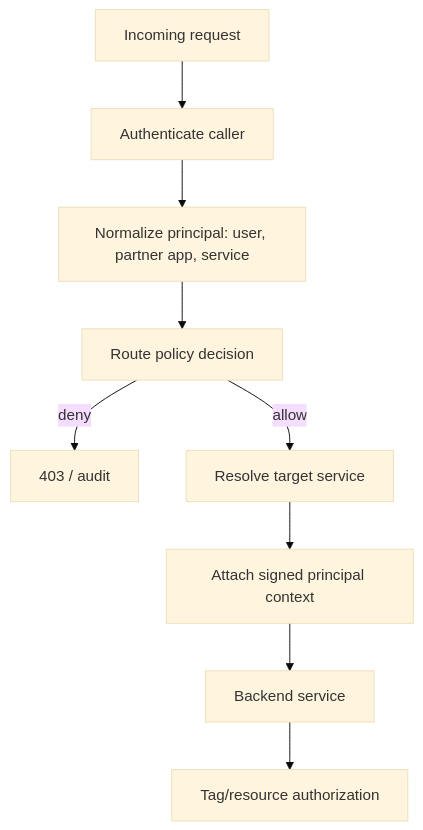
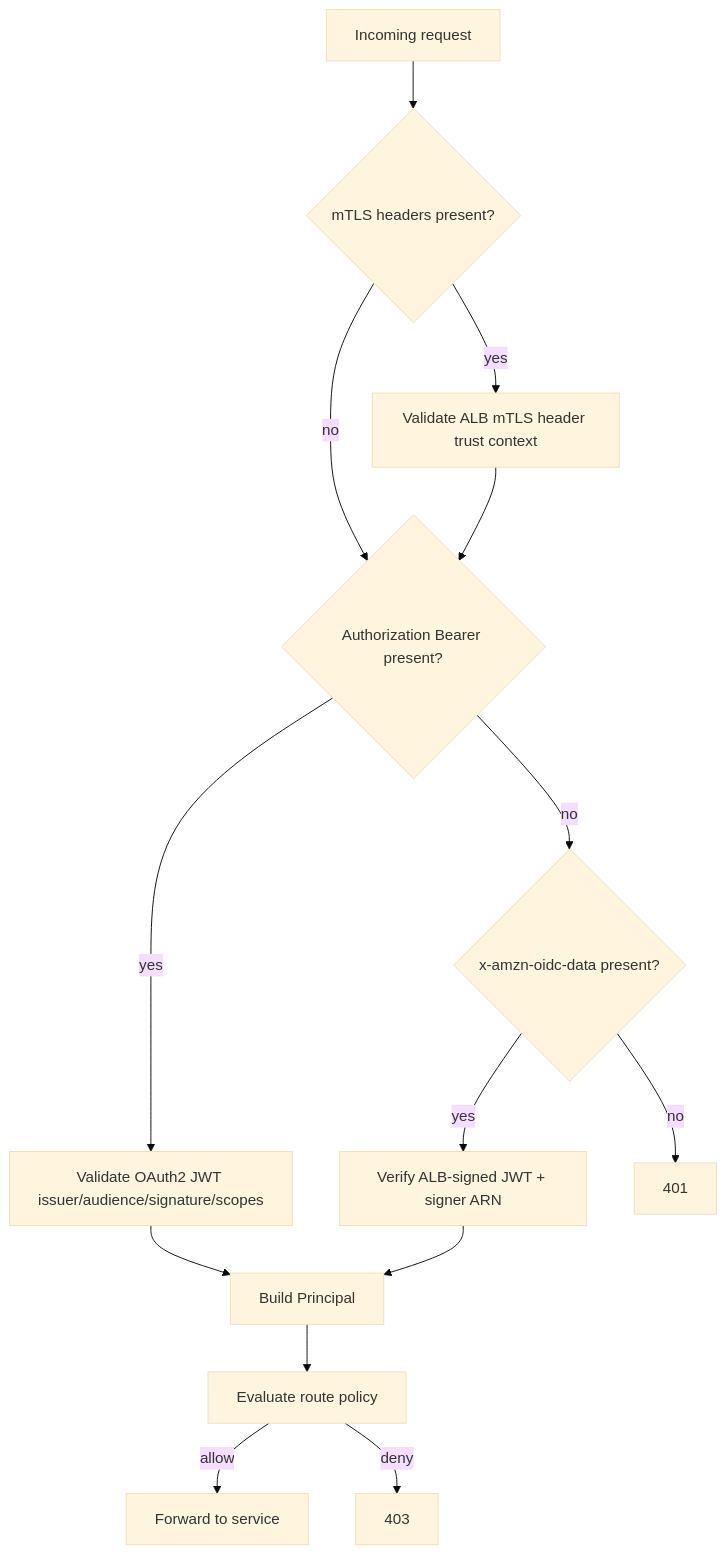
Before and after one commit to eric-minassian/notes: the ninth of 9 diagrams in aws-govcloud-authenticated-spa-router/index.md, drawn with Mermaid (base theme). The commit also changed other lines of this file and 1 other file, not shown here.

````diff
--- a/aws-govcloud-authenticated-spa-router/index.md
+++ b/aws-govcloud-authenticated-spa-router/index.md
@@ -280,11 +424,16 @@
 ```mermaid
 flowchart TD
-    REQ[Incoming request] --> AUTHN[Authenticate caller]
-    AUTHN --> NORM["Normalize principal: user, partner app, service"]
-    NORM --> RBAC[Route policy decision]
-    RBAC -->|deny| DENY[403 / audit]
-    RBAC -->|allow| ROUTE[Resolve target service]
-    ROUTE --> CTX[Attach signed principal context]
-    CTX --> SVC[Backend service]
-    SVC --> TAGS[Tag/resource authorization]
+  Req[Incoming request] --> Mtls{mTLS headers present?}
+  Mtls -->|yes| Cert[Validate ALB mTLS header trust context]
+  Mtls -->|no| Jwt{Authorization Bearer present?}
+  Cert --> Jwt
+  Jwt -->|yes| ValidateJWT[Validate OAuth2 JWT issuer/audience/signature/scopes]
+  Jwt -->|no| AlbOidc{x-amzn-oidc-data present?}
+  ValidateJWT --> Principal[Build Principal]
+  AlbOidc -->|yes| ValidateALB[Verify ALB-signed JWT + signer ARN]
+  AlbOidc -->|no| Deny[401]
+  ValidateALB --> Principal
+  Principal --> RouteAuth[Evaluate route policy]
+  RouteAuth -->|allow| Forward[Forward to service]
+  RouteAuth -->|deny| Forbidden[403]
 ```
````
